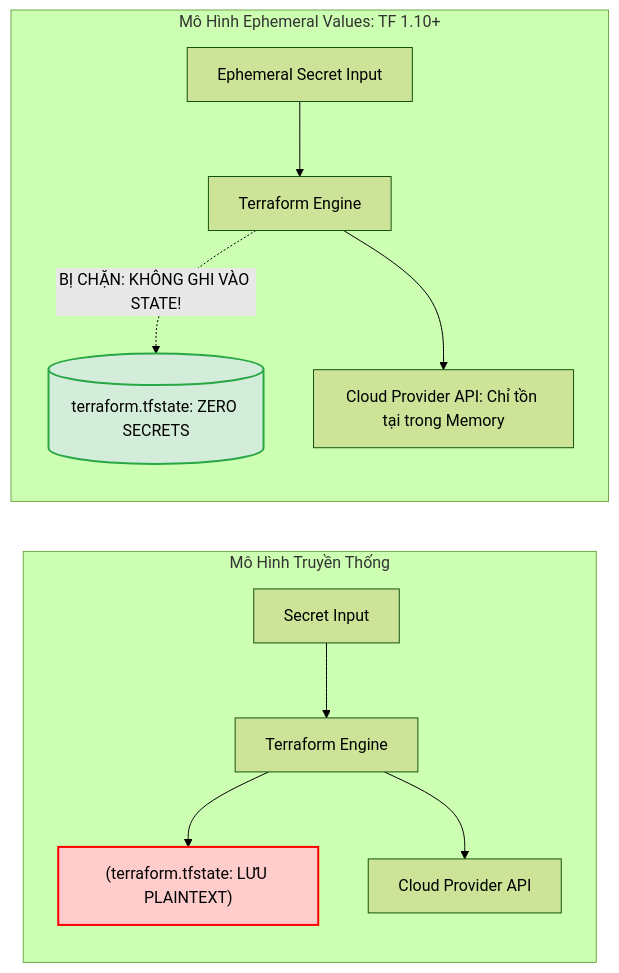
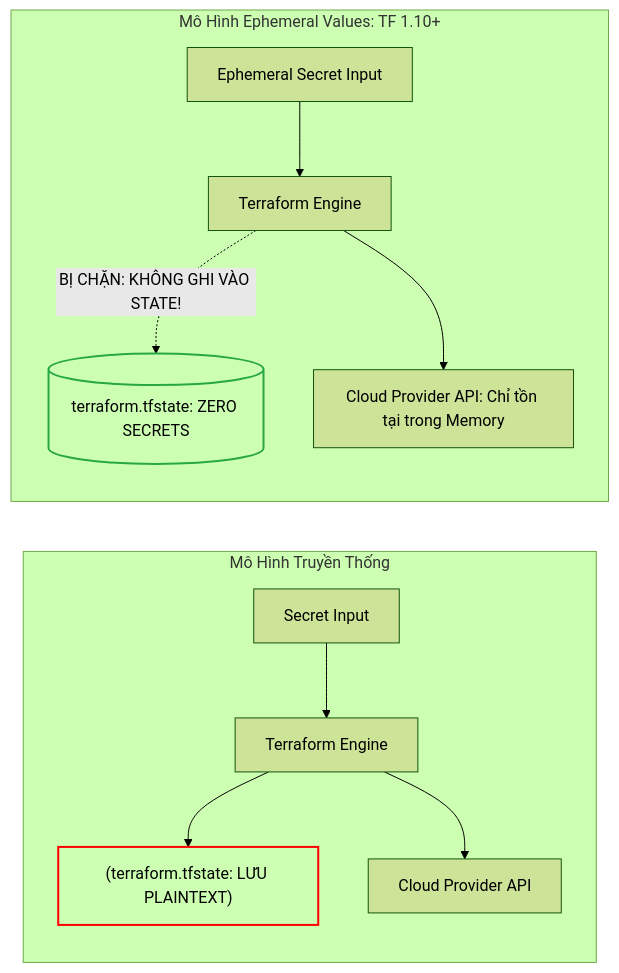
One commit to kiennt308/ntk changed the fifth of 7 diagrams in _posts/2026-09-13-terraform-20-20-quan-ly-secrets-va-du-lieu-sensitive-trong-terraform.md. Above: the diagram before and after it, drawn with Mermaid (forest theme). The commit also changed other lines of this file and 207 other files, not shown here.

Commit message:
feat(posts): batch standardize all 208 posts with TL;DR, qa-card accordion, fill:none mermaid, and liquid raw wrappers

````diff
--- a/_posts/2026-09-13-terraform-20-20-quan-ly-secrets-va-du-lieu-sensitive-trong-terraform.md
+++ b/_posts/2026-09-13-terraform-20-20-quan-ly-secrets-va-du-lieu-sensitive-trong-terraform.md
@@ -249,19 +253,19 @@
 ```mermaid
 flowchart LR
     subgraph Traditional ["Mô Hình Truyền Thống"]
         T_SEC["Secret Input"] --> T_TF["Terraform Engine"]
         T_TF --> T_ST["(terraform.tfstate: LƯU PLAINTEXT)"]
         T_TF --> T_API["Cloud Provider API"]
     end
 
     subgraph Ephemeral_TF110 ["Mô Hình Ephemeral Values: TF 1.10+"]
         E_SEC["Ephemeral Secret Input"] --> E_TF["Terraform Engine"]
         E_TF -.->|BỊ CHẶN: KHÔNG GHI VÀO STATE!| E_ST[(terraform.tfstate: ZERO SECRETS)]
         E_TF --> E_API["Cloud Provider API: Chỉ tồn tại trong Memory"]
     end
 
-    style T_ST fill:#ffcccc,stroke:#ff0000,stroke-width:2px
-    style E_ST fill:#d4edda,stroke:#28a745,stroke-width:2px
+    style T_ST fill:none,stroke:#ff0000,stroke-width:2px
+    style E_ST fill:none,stroke:#28a745,stroke-width:2px
 
 
 ```
````
